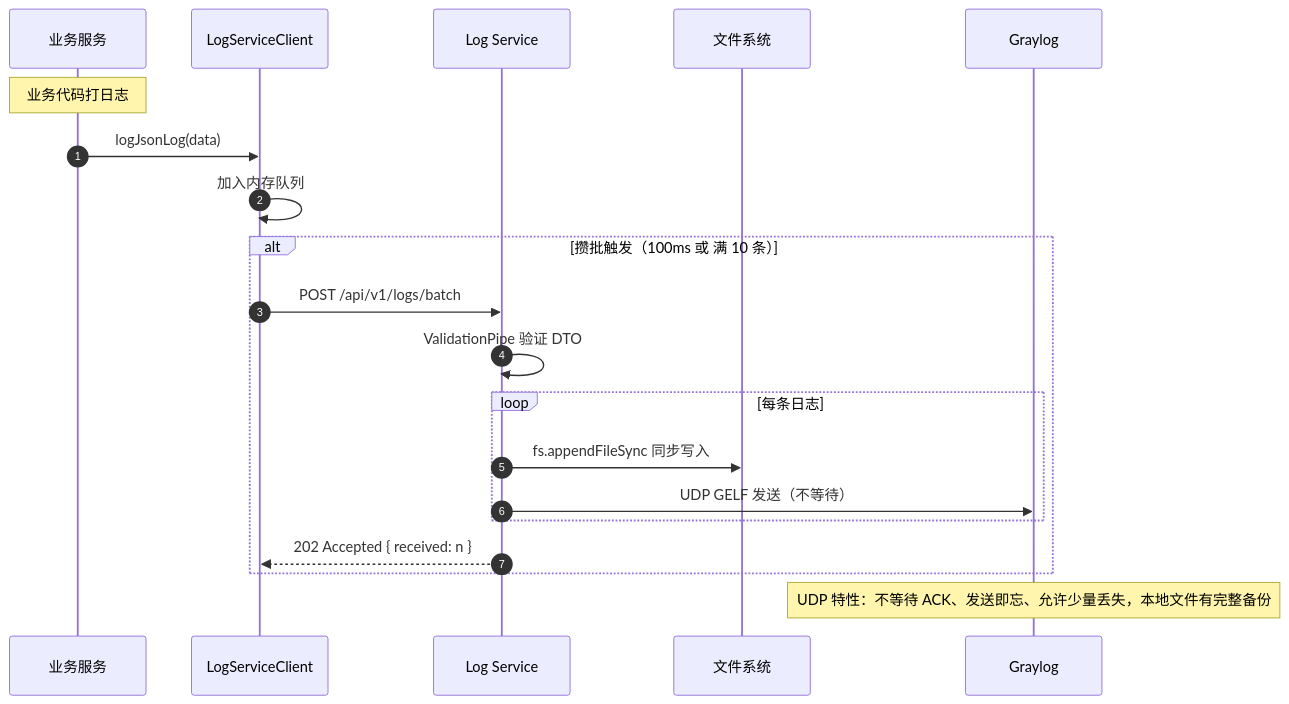
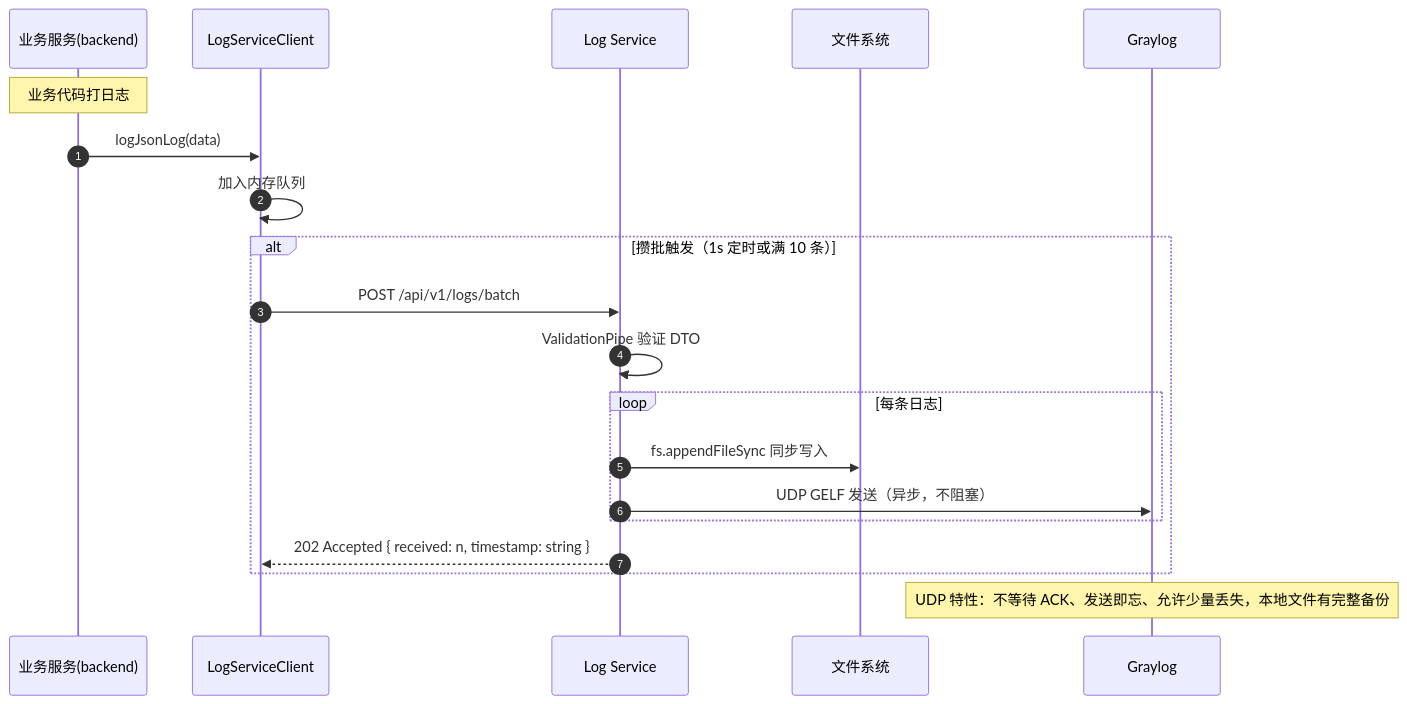
The diagram in docs/architecture/sequence/05-日志上报完整流程.md (ShrekYan/OneSelf), drawn with Mermaid before and after one commit. The commit also changed other lines of this file and 5 other files, not shown here.

First line of the commit message:
docs: 优化架构图并新增评估与教学文档

````diff
--- a/docs/architecture/sequence/05-日志上报完整流程.md
+++ b/docs/architecture/sequence/05-日志上报完整流程.md
@@ -7,25 +7,25 @@
 ```mermaid
 sequenceDiagram
     autonumber
-    participant S as 业务服务
+    participant S as 业务服务(backend)
     participant C as LogServiceClient
     participant L as Log Service
     participant F as 文件系统
     participant G as Graylog
 
     Note over S: 业务代码打日志
     S->>C: logJsonLog(data)
     C->>C: 加入内存队列
 
-    alt 攒批触发（100ms 或 满 10 条）
+    alt 攒批触发（1s 定时或满 10 条）
         C->>L: POST /api/v1/logs/batch
         L->>L: ValidationPipe 验证 DTO
         loop 每条日志
             L->>F: fs.appendFileSync 同步写入
-            L->>G: UDP GELF 发送（不等待）
+            L->>G: UDP GELF 发送（异步，不阻塞）
         end
-        L-->>C: 202 Accepted { received: n }
+        L-->>C: 202 Accepted { received: n, timestamp: string }
     end
 
     note over G: UDP 特性：不等待 ACK、发送即忘、允许少量丢失，本地文件有完整备份
 ```
````
